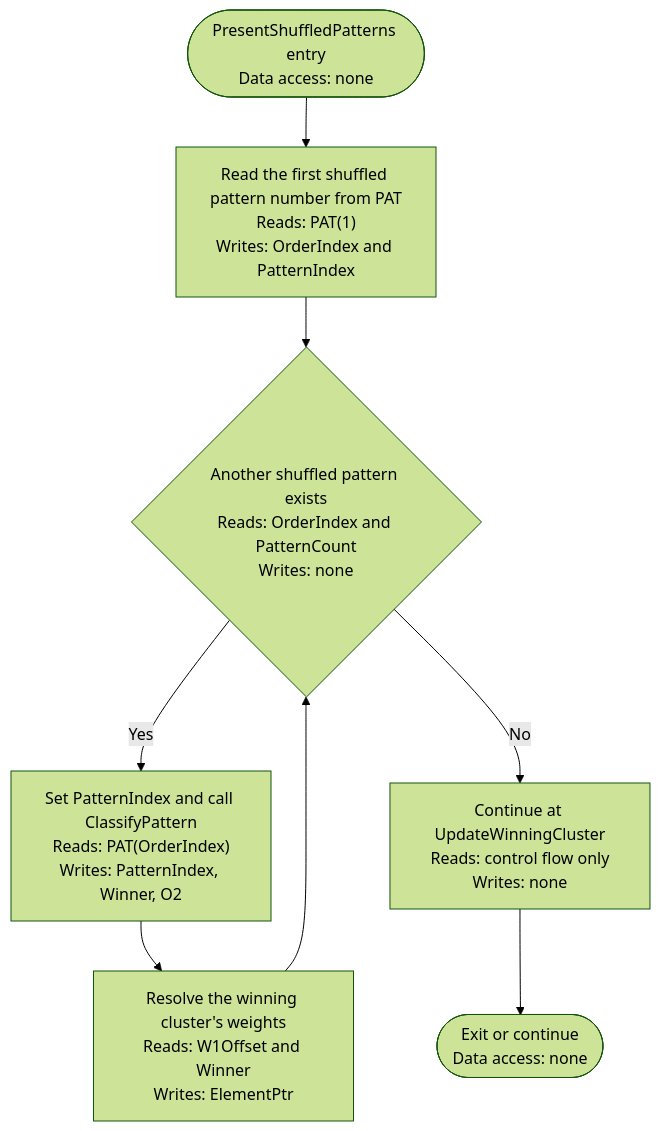
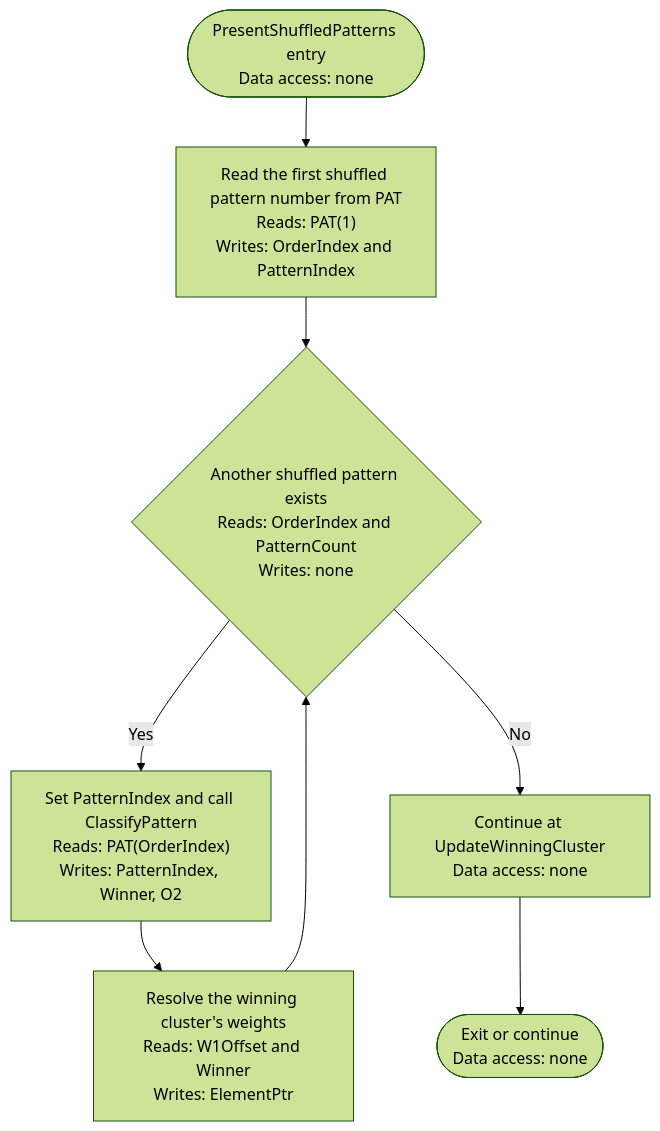
Before and after one commit to sharpninja/NeuralNetworks: diagram 27 of 44 in docs/Diagrams/CL-ML-Activity-Diagrams.md, drawn with Mermaid (forest theme). The commit also changed other lines of this file and 10 other files, not shown here.

````diff
--- a/docs/Diagrams/CL-ML-Activity-Diagrams.md
+++ b/docs/Diagrams/CL-ML-Activity-Diagrams.md
@@ -622,10 +654,10 @@
 ```mermaid
 flowchart TD
     A(["PresentShuffledPatterns entry<br/>Data access: none"]) --> B["Read the first shuffled pattern number from PAT<br/>Reads: PAT(1)<br/>Writes: OrderIndex and PatternIndex"]
     B --> C{"Another shuffled pattern exists<br/>Reads: OrderIndex and PatternCount<br/>Writes: none"}
     C -- Yes --> D["Set PatternIndex and call ClassifyPattern<br/>Reads: PAT(OrderIndex)<br/>Writes: PatternIndex, Winner, O2"]
     D --> E["Resolve the winning cluster's weights<br/>Reads: W1Offset and Winner<br/>Writes: ElementPtr"]
     E --> C
-    C -- No --> F["Continue at UpdateWinningCluster<br/>Reads: control flow only<br/>Writes: none"]
+    C -- No --> F["Continue at UpdateWinningCluster<br/>Data access: none"]
     F --> Z(["Exit or continue<br/>Data access: none"])
 ```
````
